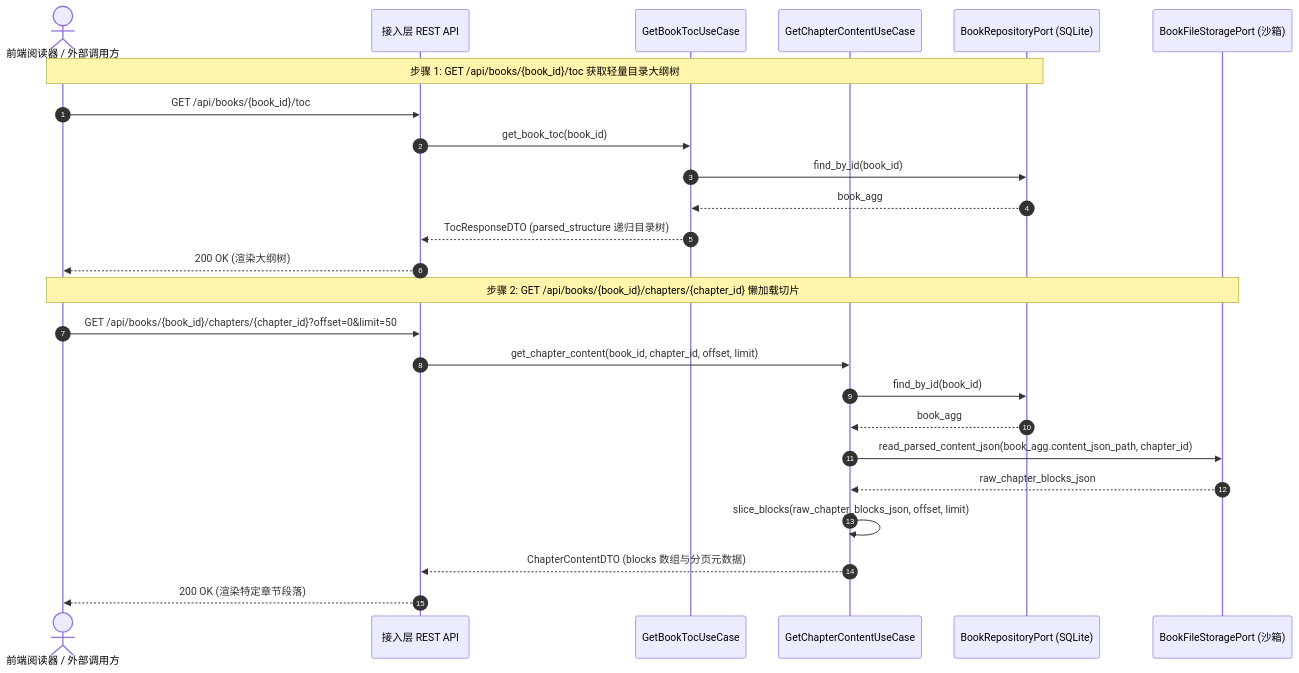
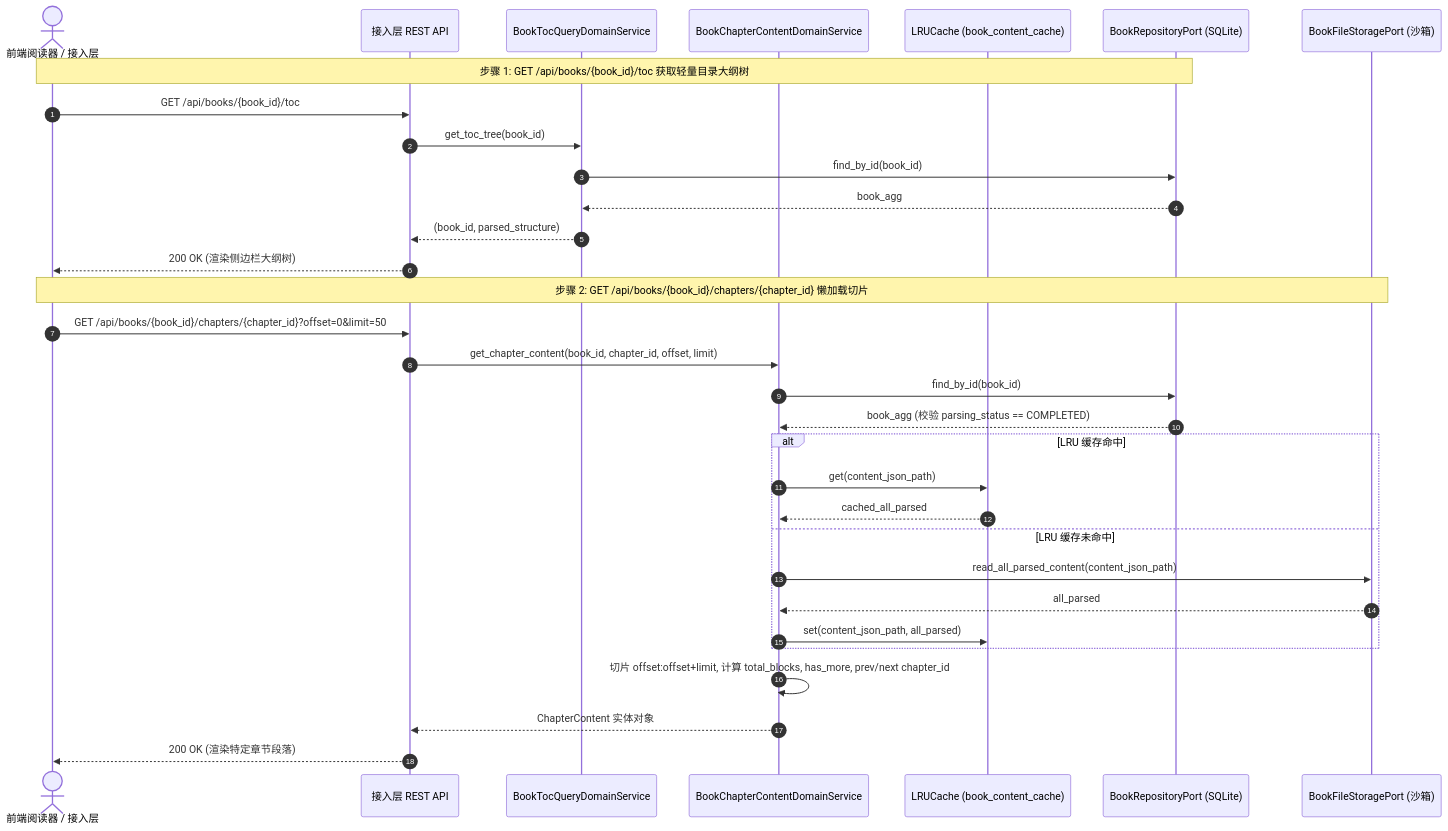
The fourth of 5 diagrams in docs/10_backend_implementation_plan/book/book_backend_design_spec_v1.0.md (shanglihong/i-have-a-plan), drawn with Mermaid before and after one commit. The commit also changed other lines of this file and 1 other file, not shown here.

Commit message:
docs: update book API and backend design specifications

````diff
--- a/docs/10_backend_implementation_plan/book/book_backend_design_spec_v1.0.md
+++ b/docs/10_backend_implementation_plan/book/book_backend_design_spec_v1.0.md
@@ -217,29 +211,38 @@
 ```mermaid
 sequenceDiagram
     autonumber
-    actor Caller as 前端阅读器 / 外部调用方
+    actor Caller as 前端阅读器 / 接入层
     participant REST as 接入层 REST API
-    participant TocUC as GetBookTocUseCase
-    participant ContentUC as GetChapterContentUseCase
+    participant TocService as BookTocQueryDomainService
+    participant ContentService as BookChapterContentDomainService
+    participant Cache as LRUCache (book_content_cache)
     participant Repo as BookRepositoryPort (SQLite)
     participant FileStore as BookFileStoragePort (沙箱)
 
     Note over Caller, Repo: 步骤 1: GET /api/books/{book_id}/toc 获取轻量目录大纲树
     Caller->>REST: GET /api/books/{book_id}/toc
-    REST->>TocUC: get_book_toc(book_id)
-    TocUC->>Repo: find_by_id(book_id)
-    Repo-->>TocUC: book_agg
-    TocUC-->>REST: TocResponseDTO (parsed_structure 递归目录树)
-    REST-->>Caller: 200 OK (渲染大纲树)
+    REST->>TocService: get_toc_tree(book_id)
+    TocService->>Repo: find_by_id(book_id)
+    Repo-->>TocService: book_agg
+    TocService-->>REST: (book_id, parsed_structure)
+    REST-->>Caller: 200 OK (渲染侧边栏大纲树)
 
     Note over Caller, FileStore: 步骤 2: GET /api/books/{book_id}/chapters/{chapter_id} 懒加载切片
     Caller->>REST: GET /api/books/{book_id}/chapters/{chapter_id}?offset=0&limit=50
-    REST->>ContentUC: get_chapter_content(book_id, chapter_id, offset, limit)
-    ContentUC->>Repo: find_by_id(book_id)
-    Repo-->>ContentUC: book_agg
-    ContentUC->>FileStore: read_parsed_content_json(book_agg.content_json_path, chapter_id)
-    FileStore-->>ContentUC: raw_chapter_blocks_json
-    ContentUC->>ContentUC: slice_blocks(raw_chapter_blocks_json, offset, limit)
-    ContentUC-->>REST: ChapterContentDTO (blocks 数组与分页元数据)
+    REST->>ContentService: get_chapter_content(book_id, chapter_id, offset, limit)
+    ContentService->>Repo: find_by_id(book_id)
+    Repo-->>ContentService: book_agg (校验 parsing_status == COMPLETED)
+
+    alt LRU 缓存命中
+        ContentService->>Cache: get(content_json_path)
+        Cache-->>ContentService: cached_all_parsed
+    else LRU 缓存未命中
+        ContentService->>FileStore: read_all_parsed_content(content_json_path)
+        FileStore-->>ContentService: all_parsed
+        ContentService->>Cache: set(content_json_path, all_parsed)
+    end
+
+    ContentService->>ContentService: 切片 offset:offset+limit, 计算 total_blocks, has_more, prev/next chapter_id
+    ContentService-->>REST: ChapterContent 实体对象
     REST-->>Caller: 200 OK (渲染特定章节段落)
 ```
````
